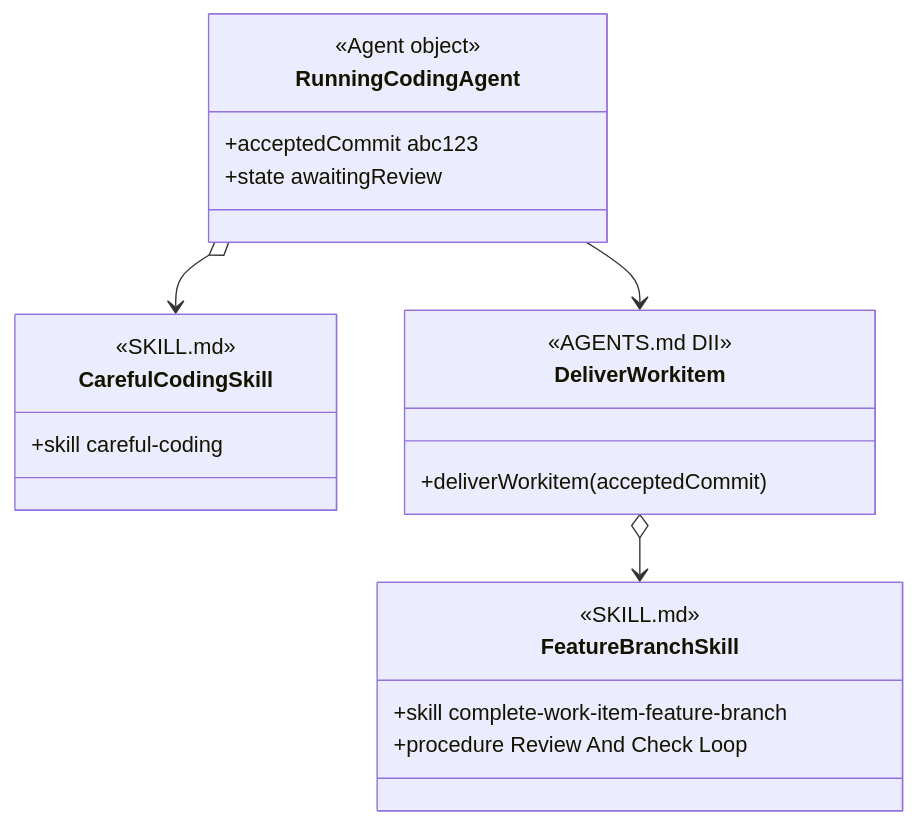
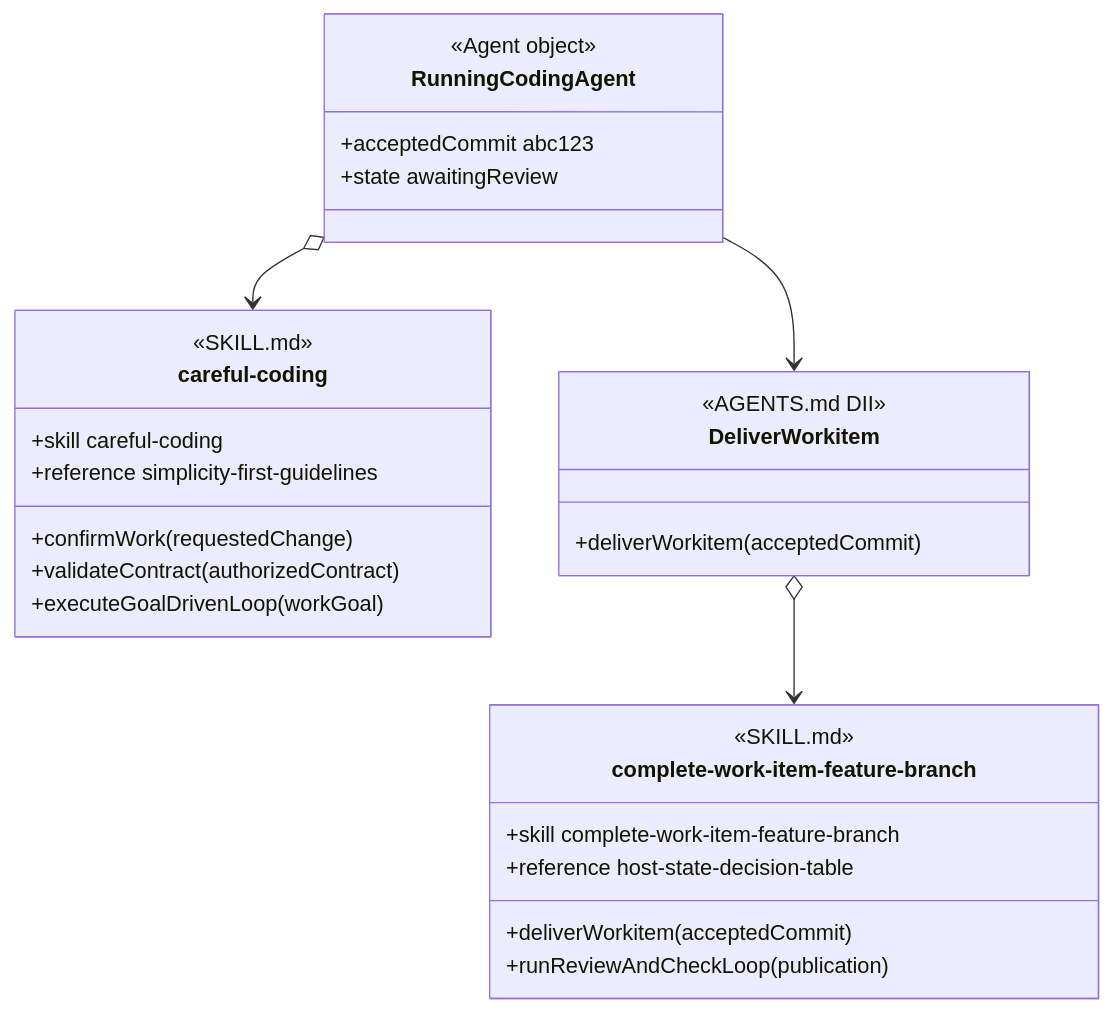
Before and after one commit to martinbechard/dev-methodology: the tenth of 11 diagrams in design/object-oriented-agent-and-skill-model.md, drawn with Mermaid. The commit also changed other lines of this file and 2 other files, not shown here.

Commit message:
Refine skill anatomy modeling

````diff
--- a/design/object-oriented-agent-and-skill-model.md
+++ b/design/object-oriented-agent-and-skill-model.md
@@ -507,32 +590,38 @@
 ```mermaid
 classDiagram
     direction TB
 
     class RunningCodingAgent {
         <<Agent object>>
         +acceptedCommit abc123
         +state awaitingReview
     }
 
-    class CarefulCodingSkill {
+    class careful-coding {
         <<SKILL.md>>
         <<Agent Skill>>
         +skill careful-coding
+        +confirmWork(requestedChange)
+        +validateContract(authorizedContract)
+        +executeGoalDrivenLoop(workGoal)
+        +reference simplicity-first-guidelines
     }
 
     class DeliverWorkitem {
         <<AGENTS.md DII>>
         +deliverWorkitem(acceptedCommit)
     }
 
-    class FeatureBranchSkill {
+    class complete-work-item-feature-branch {
         <<SKILL.md>>
         <<Injectable Skill>>
         +skill complete-work-item-feature-branch
-        +procedure Review And Check Loop
+        +deliverWorkitem(acceptedCommit)
+        +runReviewAndCheckLoop(publication)
+        +reference host-state-decision-table
     }
 
-    RunningCodingAgent o--> CarefulCodingSkill
+    RunningCodingAgent o--> careful-coding
     RunningCodingAgent --> DeliverWorkitem
-    DeliverWorkitem o--> FeatureBranchSkill
+    DeliverWorkitem o--> complete-work-item-feature-branch
 ```
````
